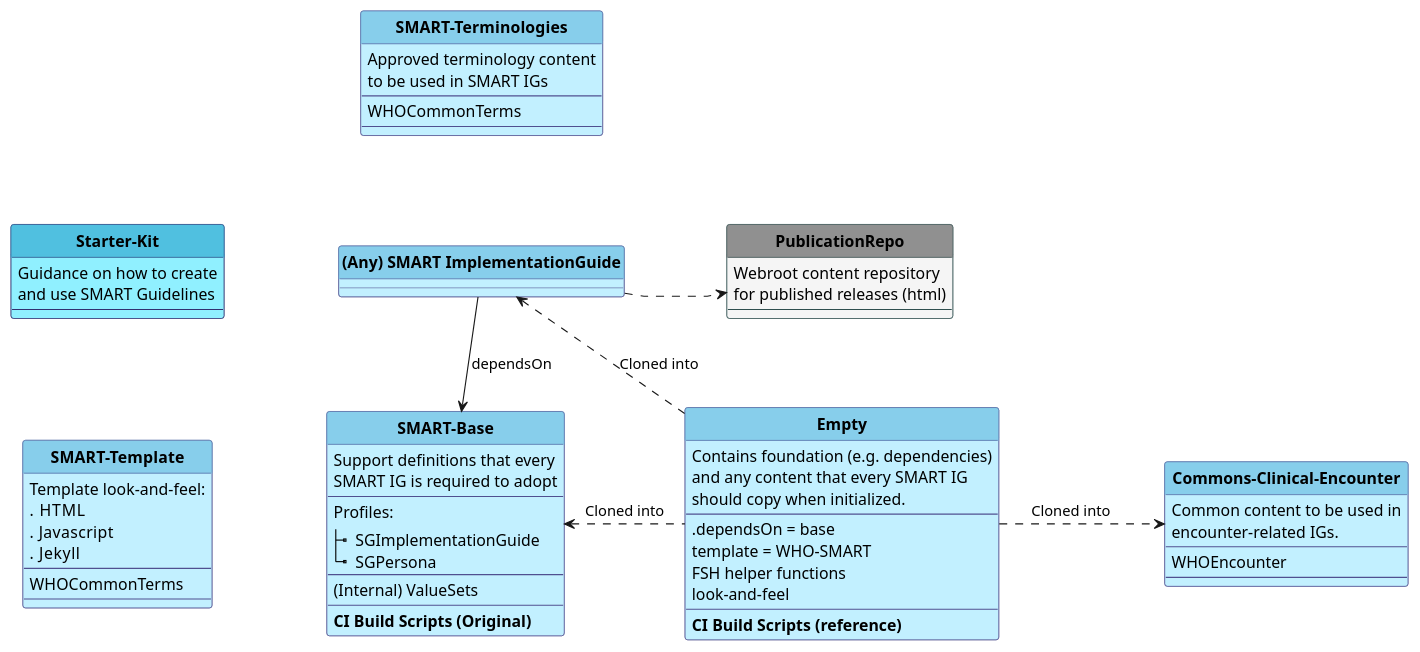
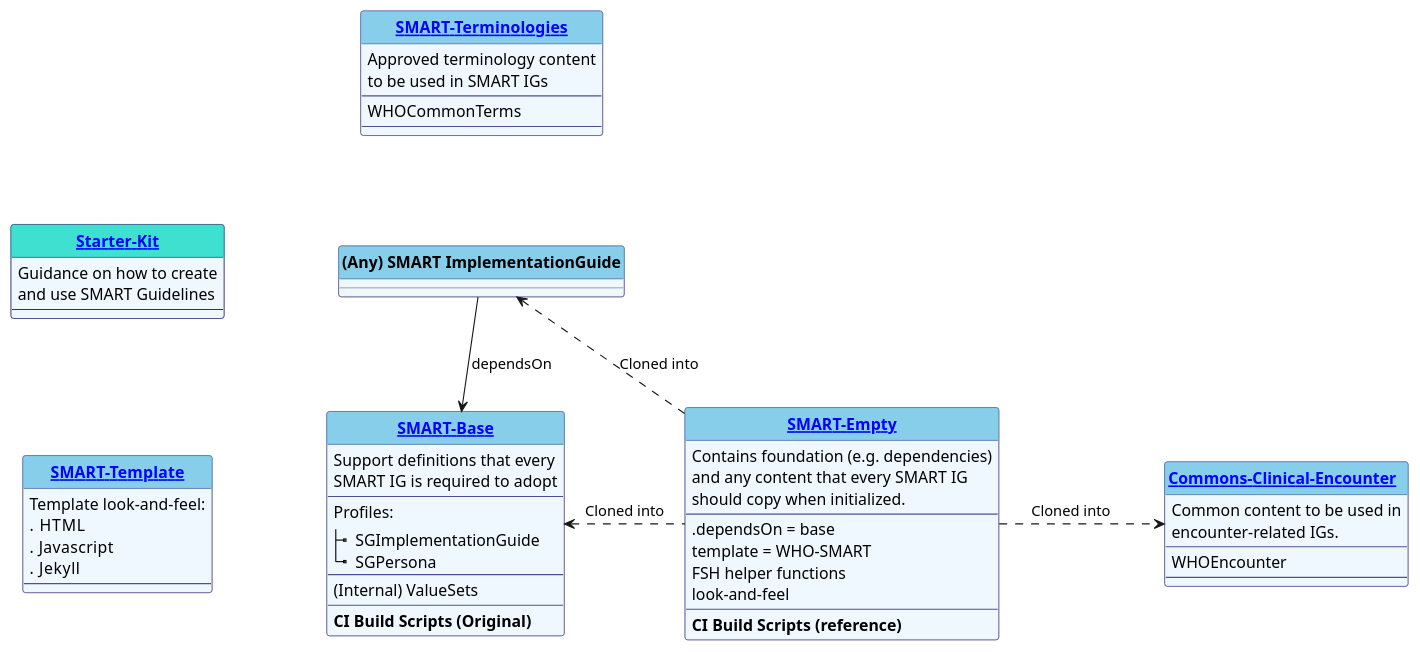
The diagram in input/images-source/dependencies.plantuml (WorldHealthOrganization/smart-ig-starter-kit), drawn with PlantUML before and after one commit. The commit also changed 45 other files, not shown here.

```diff
--- a/input/images-source/dependencies.plantuml
+++ b/input/images-source/dependencies.plantuml
@@ -1,130 +1,128 @@
 @startuml
 'skinparam linetype ortho
 skinparam linetype polyline
 hide circle
 hide stereotype
 
 '!pragma layout smetana
 
 skinparam class<<MD>> {
  BorderColor DarkSlateGray
  BackgroundColor WhiteSmoke
  HeaderBackgroundColor #909090
 }
 
 skinparam class<<TM>> {
  BorderColor #505090
- BackgroundColor APPLICATION
+ BackgroundColor AliceBlue
  HeaderBackgroundColor SkyBlue
 }
 
 
 skinparam class<<TM+>> {
  BorderColor #303070  
- BackgroundColor #90F0FF  
- HeaderBackgroundColor #50C0E0 
+ BackgroundColor AliceBlue
+ HeaderBackgroundColor Turquoise 
 }
 
 
-     class "**SMART-Template**" as Tpl<<TM>> {
+     class "**[[https://build.fhir.org/ig/WorldHealthOrganization/smart-ig-template-who SMART-Template]]**" as Tpl<<TM>> {
          Template look-and-feel:
          .  HTML
          .  Javascript
          .  Jekyll
          --
-         WHOCommonTerms
-         --
     }
 
-     class "**SMART-Terminologies**" as T<<TM>> {
+     class "**[[https://build.fhir.org/ig/WorldHealthOrganization/smart-terminologies SMART-Terminologies]]**" as T<<TM>> {
          Approved terminology content
          to be used in SMART IGs 
          --
          WHOCommonTerms
          --
     }
 
-    class "**SMART-Base**" as Base<<TM>> {
+    class "**[[https://build.fhir.org/ig/WorldHealthOrganization/smart-base SMART-Base]]**" as Base<<TM>> {
         Support definitions that every
         SMART IG is required to adopt  
         --
         Profiles:
         |_  SGImplementationGuide
         |_  SGPersona
         --
         (Internal) ValueSets
         --
         **CI Build Scripts (Original)**
     }
 
 
-    class "**Commons-Clinical-Encounter**" as CE<<TM>> {
+    class "**[[https://build.fhir.org/ig/WorldHealthOrganization/smart-commons-clinical-encounter Commons-Clinical-Encounter  ]]**" as CE<<TM>> {
         Common content to be used in 
         encounter-related IGs.
         --
         WHOEncounter 
         --
     }
 
 
-    class "**Empty**" as E<<TM>> {
+    class "**[[https://build.fhir.org/ig/WorldHealthOrganization/smart-ig-empty SMART-Empty]]**" as E<<TM>> {
         Contains foundation (e.g. dependencies) 
         and any content that every SMART IG
         should copy when initialized.
         --
         .dependsOn = base
         template = WHO-SMART
         FSH helper functions
         look-and-feel
         --
         **CI Build Scripts (reference)**
     }
 
 
-    class "**Starter-Kit**" as SK<<TM+>> {
+    class "**[[https://build.fhir.org/ig/WorldHealthOrganization/smart-ig-starter-kit Starter-Kit]]**" as SK<<TM+>> {
       Guidance on how to create 
       and use SMART Guidelines
       --
     }
 
     class "**(Any) SMART ImplementationGuide**" as IG<<TM>> {
     }
 
 
 
-    class "**PublicationRepo**" as Pub<<MD>> {
-      Webroot content repository
-      for published releases (html)
-      --
-    }
+    ' class "**PublicationRepo**" as Pub<<MD>> {
+    '   Webroot content repository
+    '   for published releases (html)
+    '   --
+    ' }
 
 
 ' We con't want IGs to define on StarterKit
 ' Common contains instances of SGPersona
 
 SK  -d[hidden]-> Tpl : "      "
 Tpl  -d[hidden]-> Base : "      "
 
 
 Base  -l[hidden]-> Tpl : "                   "
 IG  -l[hidden]-> SK : "                   "
 'SK  -r[hidden]-> E : "                   "
 E  .u.> IG: "Cloned into"
 E .l.> Base: "Cloned into"
 'E -u-> Base: "dependsOn"
 IG --> Base: "dependsOn"
-IG -r[hidden]-> Pub : "                "
+'IG .r.> Pub : "                "
 T -d[hidden]-> IG : "           "
 
 
 
 
 
 'C -u-> Core 
 E  .r.> CE: "   Cloned into         "
 'IG  <.. CE: "   Cloned into         "
-IG  ..> Pub : "                "
+'IG  ..> Pub 
 
 
 
 @enduml
```
